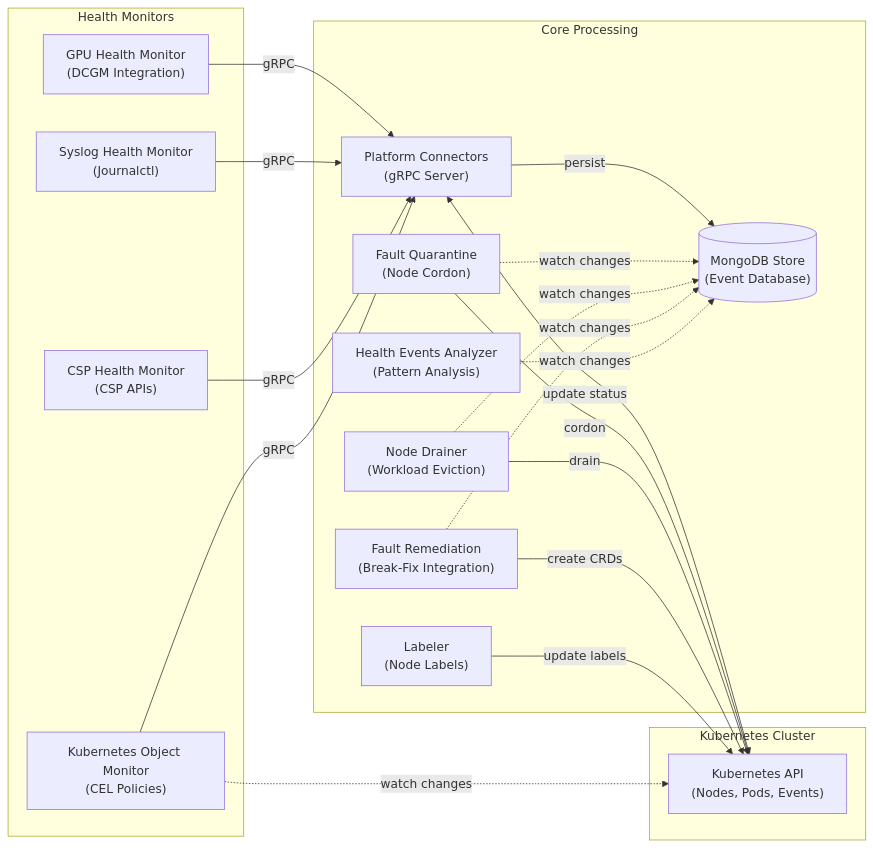
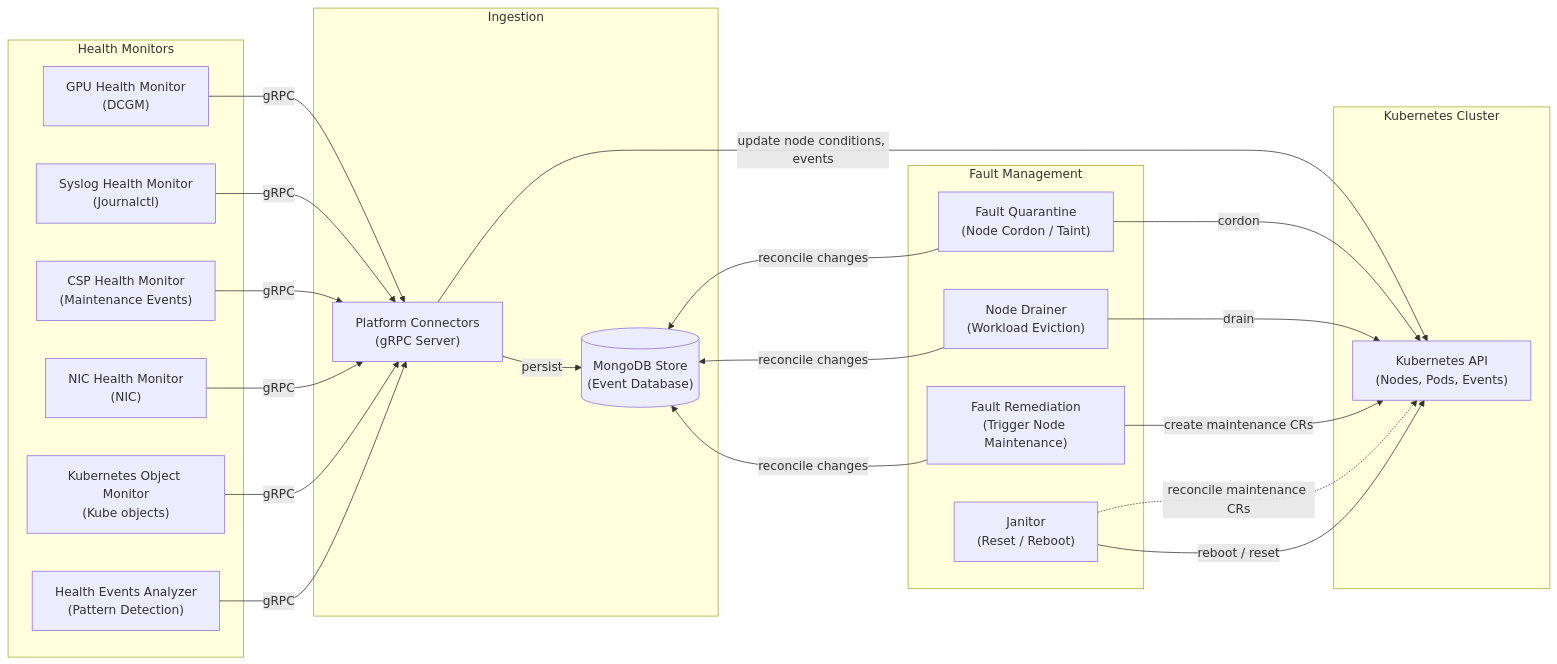
Before and after one commit to spectrocloud/pack-central: the diagram in packs/nvidia-nvsentinel-v1.25.0/README.md, drawn with Mermaid. The commit also changed other lines of this file, not shown here.

````diff
--- a/packs/nvidia-nvsentinel-v1.25.0/README.md
+++ b/packs/nvidia-nvsentinel-v1.25.0/README.md
@@ -162,46 +154,53 @@
 ```mermaid
 graph LR
     subgraph "Health Monitors"
-        GPU["GPU Health Monitor<br/>(DCGM Integration)"]
+        GPU["GPU Health Monitor<br/>(DCGM)"]
         SYS["Syslog Health Monitor<br/>(Journalctl)"]
-        CSP["CSP Health Monitor<br/>(CSP APIs)"]
-        K8SOM["Kubernetes Object Monitor<br/>(CEL Policies)"]
+        CSP["CSP Health Monitor<br/>(Maintenance Events)"]
+        NIC["NIC Health Monitor<br/>(NIC)"]
+        HEA["Health Events Analyzer<br/>(Pattern Detection)"]
+        KOM["Kubernetes Object Monitor<br/>(Kube objects)"]
     end
-    
-    subgraph "Core Processing"
+
+    subgraph "Ingestion"
         PC["Platform Connectors<br/>(gRPC Server)"]
         STORE[("MongoDB Store<br/>(Event Database)")]
-        FQ["Fault Quarantine<br/>(Node Cordon)"]
+    end
+
+    subgraph "Fault Management"
+        FQ["Fault Quarantine<br/>(Node Cordon / Taint)"]
         ND["Node Drainer<br/>(Workload Eviction)"]
-        FR["Fault Remediation<br/>(Break-Fix Integration)"]
-        HEA["Health Events Analyzer<br/>(Pattern Analysis)"]
-        LBL["Labeler<br/>(Node Labels)"]
+        FR["Fault Remediation<br/>(Trigger Node Maintenance)"]
+        JAN["Janitor<br/>(Reset / Reboot)"]
     end
-    
+
     subgraph "Kubernetes Cluster"
         K8S["Kubernetes API<br/>(Nodes, Pods, Events)"]
     end
-    
+
     GPU -->|gRPC| PC
     SYS -->|gRPC| PC
     CSP -->|gRPC| PC
-    K8SOM -->|gRPC| PC
+    NIC -->|gRPC| PC
+    KOM -->|gRPC| PC
+    HEA -->|gRPC| PC
 
     PC -->|persist| STORE
-    PC <-->|update status| K8S
-    
-    FQ -.->|watch changes| STORE
+    PC -->|update node conditions, events| K8S
+    STORE ~~~ FQ
+    STORE ~~~ ND
+    STORE ~~~ FR
+    STORE ~~~ JAN
+
+    FQ -->|reconcile changes| STORE
     FQ -->|cordon| K8S
-    
-    ND -.->|watch changes| STORE
+
+    ND -->|reconcile changes| STORE
     ND -->|drain| K8S
-    
-    FR -.->|watch changes| STORE
-    FR -->|create CRDs| K8S
-    
-    HEA -.->|watch changes| STORE
-    
-    LBL -->|update labels| K8S
 
-    K8SOM -.->|watch changes| K8S
+    FR -->|reconcile changes| STORE
+    FR -->|create maintenance CRs| K8S
+
+    JAN -.->|reconcile maintenance CRs| K8S
+    JAN -->|reboot / reset| K8S
 ```
````
